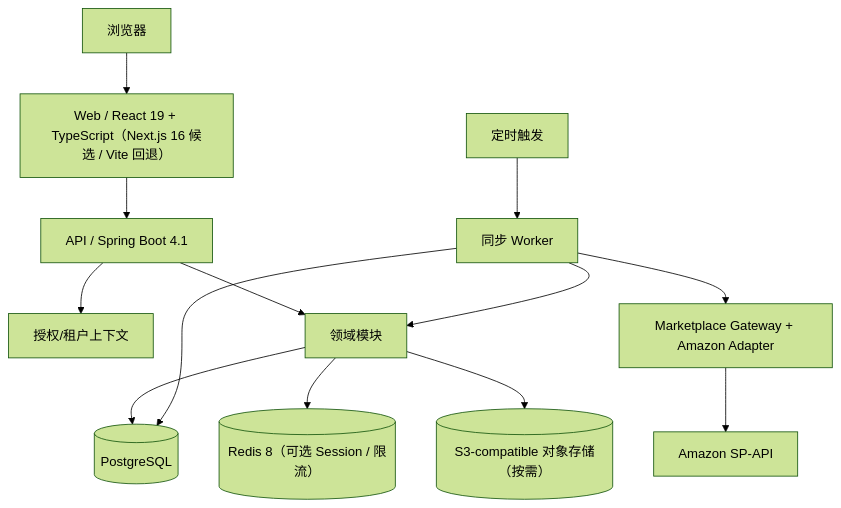
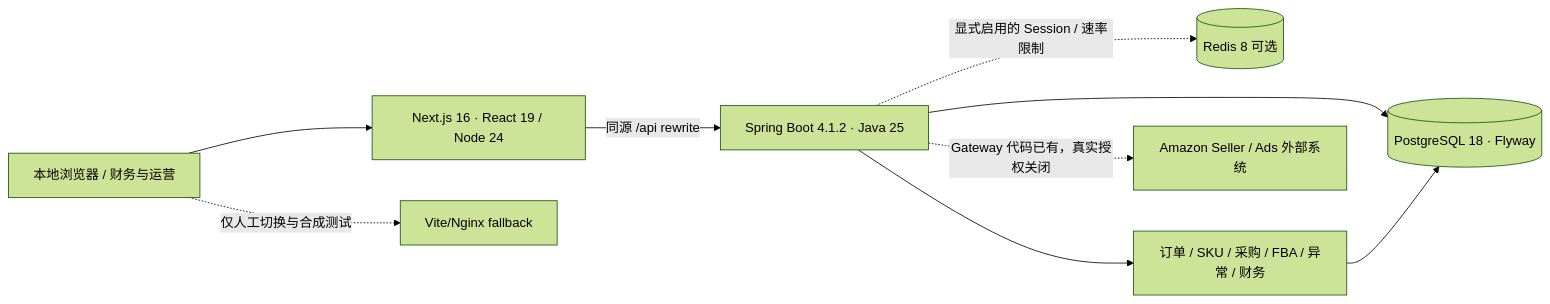
Before and after one commit to kunlong-luo/merchivra: the diagram in docs/architecture/overview.md, drawn with Mermaid (forest theme). The commit also changed other lines of this file and 4 other files, not shown here.

Commit message:
docs: replace obsolete README, development, architecture and CI entry guides

````diff
--- a/docs/architecture/overview.md
+++ b/docs/architecture/overview.md
@@ -23,15 +7,11 @@
 ```mermaid
-flowchart TB
-Browser["浏览器"] --> Web["Web / React 19 + TypeScript（Next.js 16 候选 / Vite 回退）"]
-Web --> API["API / Spring Boot 4.1"]
-API --> Identity["授权/租户上下文"]
-API --> Domain["领域模块"]
-Scheduler["定时触发"] --> Worker["同步 Worker"]
-Worker --> Domain
-Worker --> Adapter["Marketplace Gateway + Amazon Adapter"]
-Adapter --> SPAPI["Amazon SP-API"]
-Domain --> PG[("PostgreSQL")]
-Domain --> Redis[("Redis 8（可选 Session / 限流）")]
-Domain --> Files[("S3-compatible 对象存储（按需）")]
-Worker --> PG
+flowchart LR
+  Browser["本地浏览器 / 财务与运营"] --> Web["Next.js 16 · React 19 / Node 24"]
+  Web -->|"同源 /api rewrite"| API["Spring Boot 4.1.2 · Java 25"]
+  API --> PG[("PostgreSQL 18 · Flyway")]
+  API -. "显式启用的 Session / 速率限制" .-> Redis[("Redis 8 可选")]
+  API --> Core["订单 / SKU / 采购 / FBA / 异常 / 财务"]
+  Core --> PG
+  API -. "Gateway 代码已有，真实授权关闭" .-> Amazon["Amazon Seller / Ads 外部系统"]
+  Browser -. "仅人工切换与合成测试" .-> Vite["Vite/Nginx fallback"]
 ```
````
